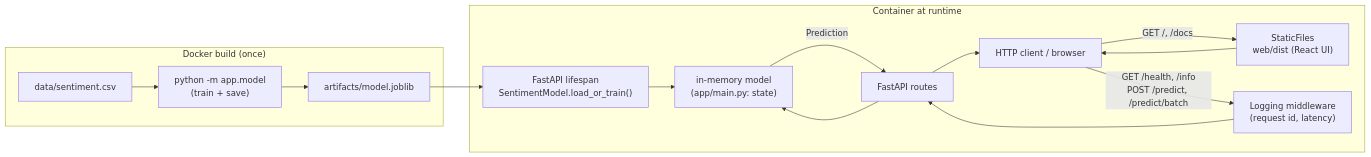
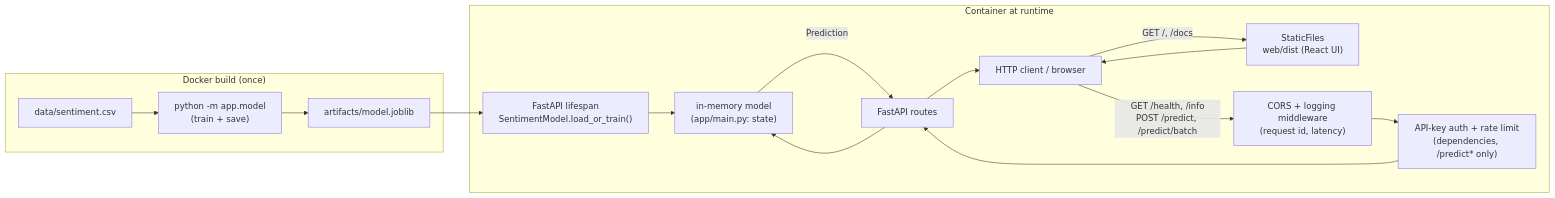
Before and after one commit to smafnan/model-service: the diagram in README.md, drawn with Mermaid. The commit also changed other lines of this file and 3 other files, not shown here.

First line of the commit message:
Harden service: CORS allowlist, optional API-key auth, rate limiting, vectorized batch predict

````diff
--- a/README.md
+++ b/README.md
@@ -28,20 +32,21 @@
 ```mermaid
 flowchart LR
     subgraph Build["Docker build (once)"]
         CSV["data/sentiment.csv"] --> Train["python -m app.model\n(train + save)"]
         Train --> Artifact["artifacts/model.joblib"]
     end
 
     subgraph Runtime["Container at runtime"]
         Artifact --> Lifespan["FastAPI lifespan\nSentimentModel.load_or_train()"]
         Lifespan --> AppState["in-memory model\n(app/main.py: state)"]
 
         Client["HTTP client / browser"] -->|"GET /, /docs"| Static["StaticFiles\nweb/dist (React UI)"]
-        Client -->|"GET /health, /info\nPOST /predict, /predict/batch"| MW["Logging middleware\n(request id, latency)"]
-        MW --> Routes["FastAPI routes"]
+        Client -->|"GET /health, /info\nPOST /predict, /predict/batch"| MW["CORS + logging middleware\n(request id, latency)"]
+        MW --> Guard["API-key auth + rate limit\n(dependencies, /predict* only)"]
+        Guard --> Routes["FastAPI routes"]
         Routes --> AppState
         AppState -->|"Prediction"| Routes
         Routes --> Client
         Static --> Client
     end
 ```
````
